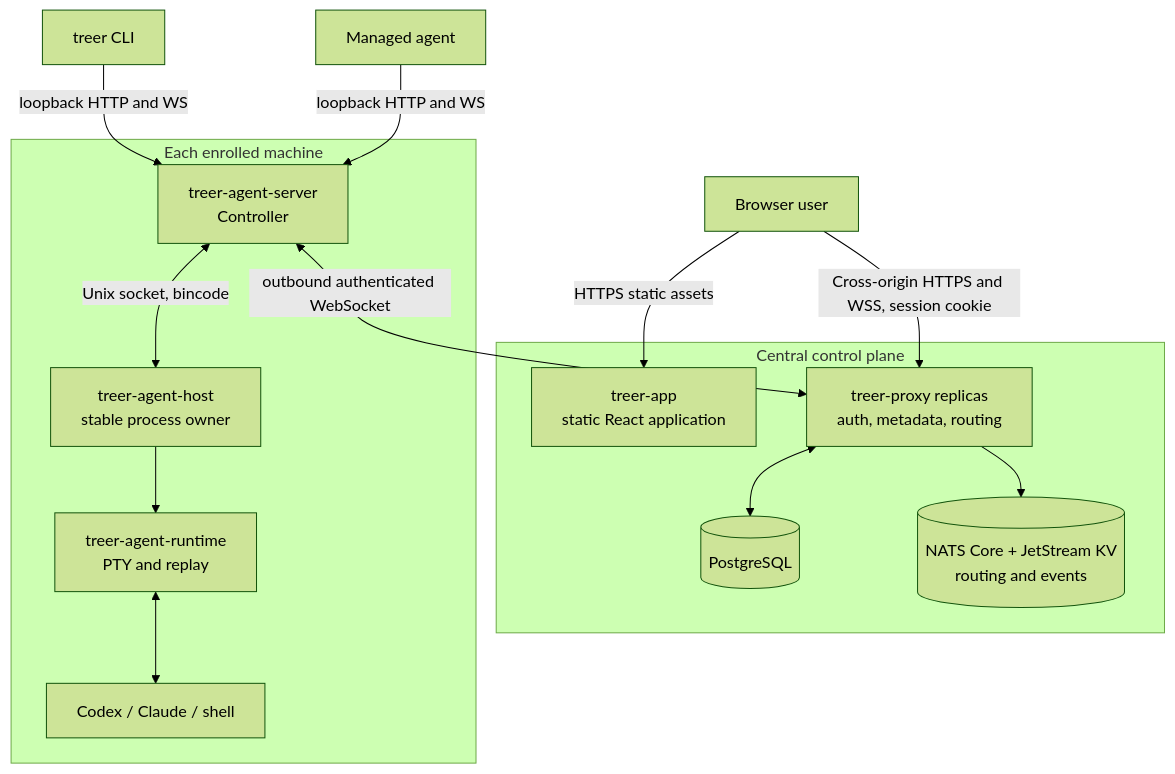
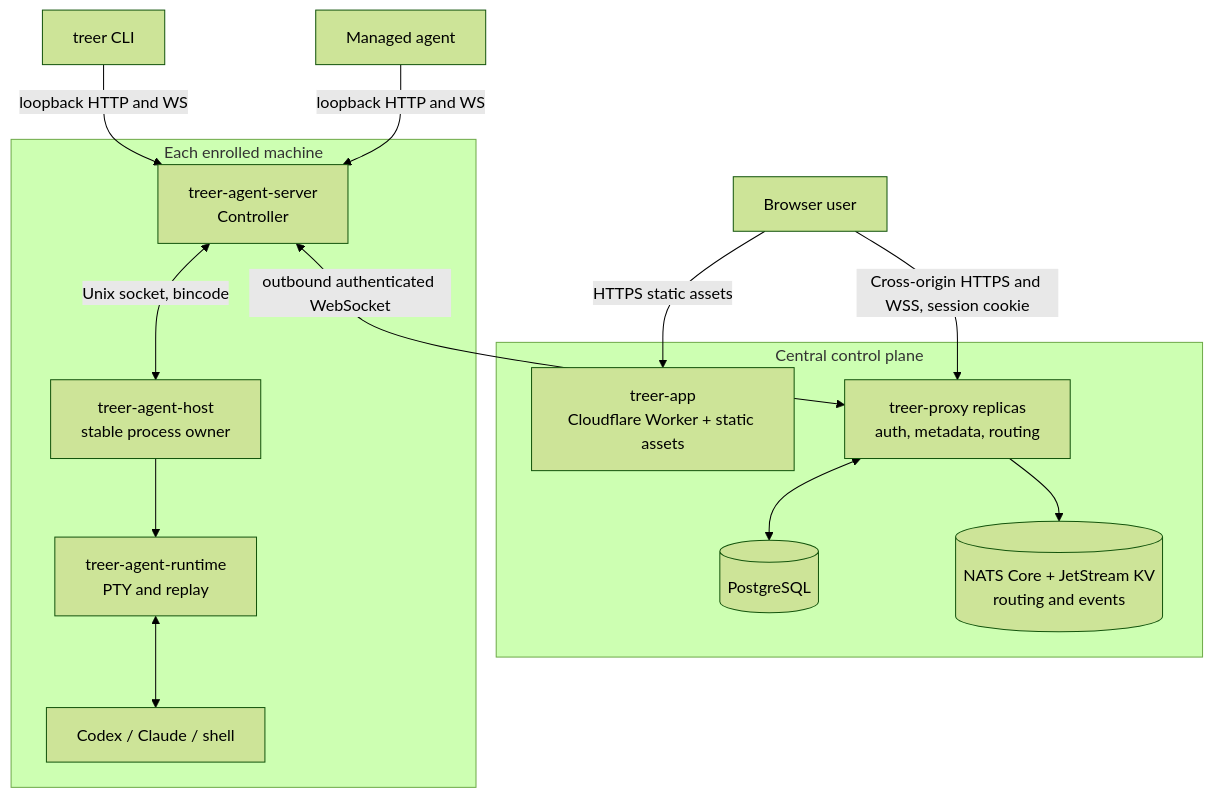
One commit to EvoEvolver/treer changed the first of 2 diagrams in docs/architecture.md. Above: the diagram before and after it, drawn with Mermaid (forest theme). The commit also changed other lines of this file and 20 other files, not shown here.

Commit message:
Move app releases to Cloudflare

````diff
--- a/docs/architecture.md
+++ b/docs/architecture.md
@@ -12,28 +12,28 @@
 ```mermaid
 flowchart TB
     Browser[Browser user] -->|HTTPS static assets| Web
     Browser -->|Cross-origin HTTPS and WSS, session cookie| Proxy
     CLI[treer CLI] -->|loopback HTTP and WS| Controller
     Agent[Managed agent] -->|loopback HTTP and WS| Controller
 
     subgraph Central[Central control plane]
         Proxy["treer-proxy replicas<br/>auth, metadata, routing"]
         DB[(PostgreSQL)]
         NATS[(NATS Core + JetStream KV<br/>routing and events)]
-        Web[treer-app<br/>static React application]
+        Web[treer-app<br/>Cloudflare Worker + static assets]
         Proxy <--> DB
         Proxy --> NATS
     end
 
     subgraph Machine[Each enrolled machine]
         Controller["treer-agent-server<br/>Controller"]
         Host["treer-agent-host<br/>stable process owner"]
         Runtime["treer-agent-runtime<br/>PTY and replay"]
         Processes[Codex / Claude / shell]
         Controller <-->|Unix socket, bincode| Host
         Host --> Runtime
         Runtime <--> Processes
     end
 
     Controller <-->|outbound authenticated WebSocket| Proxy
 ```
````
